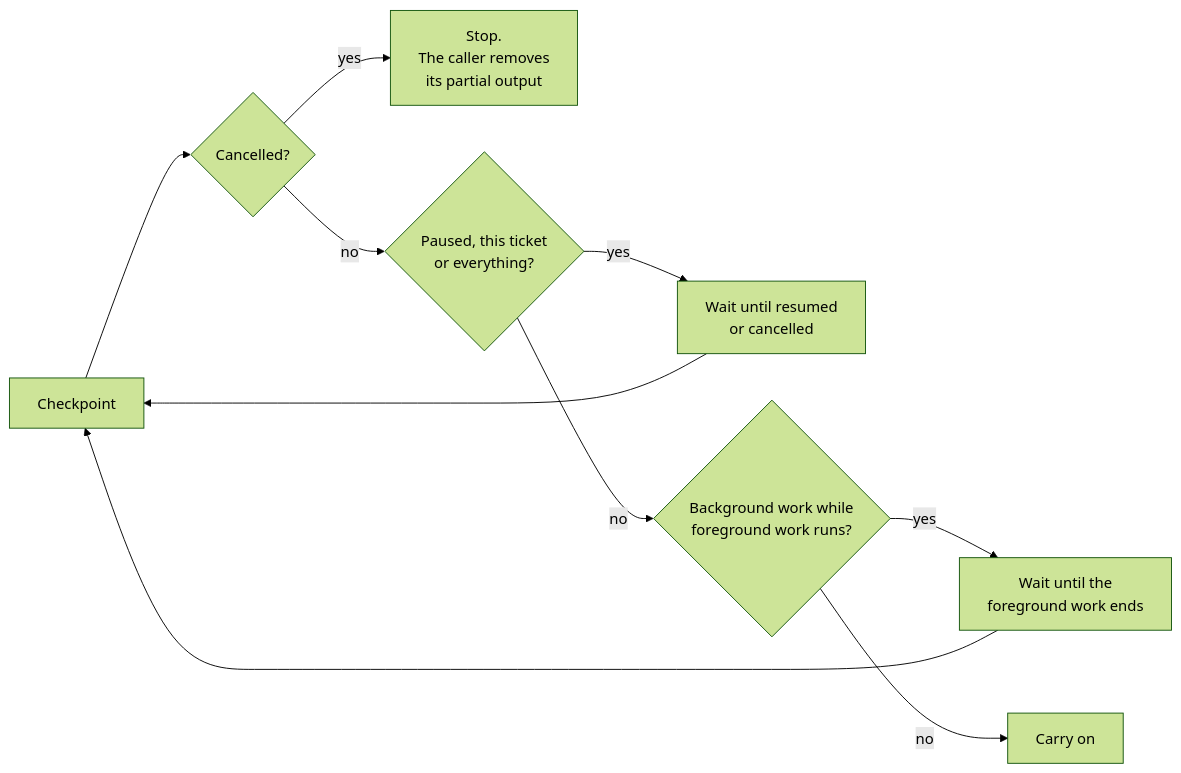
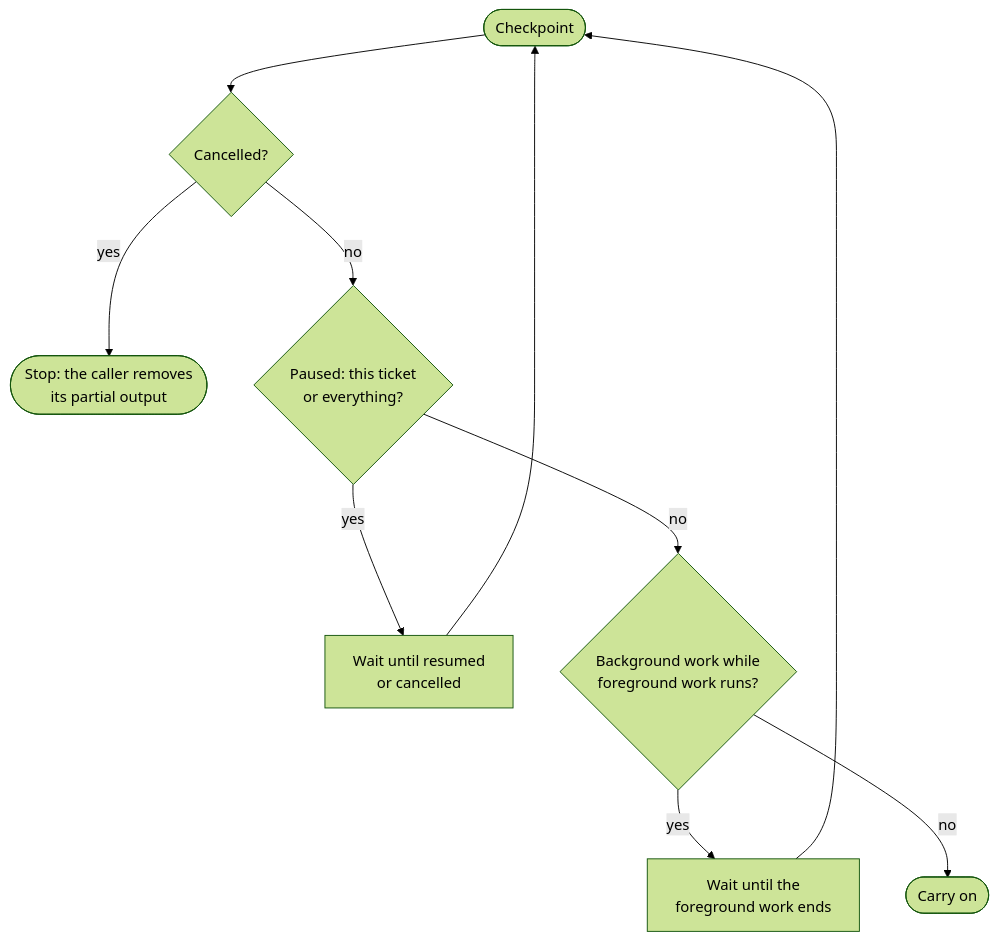
Before and after one commit to FreeProject089/BetterModsManager: the second of 7 diagrams in frontend/assets/docs/en/how-it-works/resources.md, drawn with Mermaid (forest theme). The commit also changed other lines of this file and 176 other files, not shown here.

````diff
--- a/frontend/assets/docs/en/how-it-works/resources.md
+++ b/frontend/assets/docs/en/how-it-works/resources.md
@@ -93,12 +93,12 @@
 ```mermaid
-flowchart LR
-    C["Checkpoint"] --> X{"Cancelled?"}
-    X -- yes --> E["Stop.<br/>The caller removes<br/>its partial output"]
-    X -- no --> PZ{"Paused, this ticket<br/>or everything?"}
-    PZ -- yes --> W1["Wait until resumed<br/>or cancelled"]
-    PZ -- no --> BG{"Background work while<br/>foreground work runs?"}
-    BG -- yes --> W2["Wait until the<br/>foreground work ends"]
-    BG -- no --> GO["Carry on"]
+flowchart TD
+    C(["Checkpoint"]) --> X{"Cancelled?"}
+    X -- "yes" --> E(["Stop: the caller removes<br/>its partial output"])
+    X -- "no" --> PZ{"Paused: this ticket<br/>or everything?"}
+    PZ -- "yes" --> W1["Wait until resumed<br/>or cancelled"]
+    PZ -- "no" --> BG{"Background work while<br/>foreground work runs?"}
+    BG -- "yes" --> W2["Wait until the<br/>foreground work ends"]
+    BG -- "no" --> GO(["Carry on"])
     W1 --> C
     W2 --> C
 ```
````
